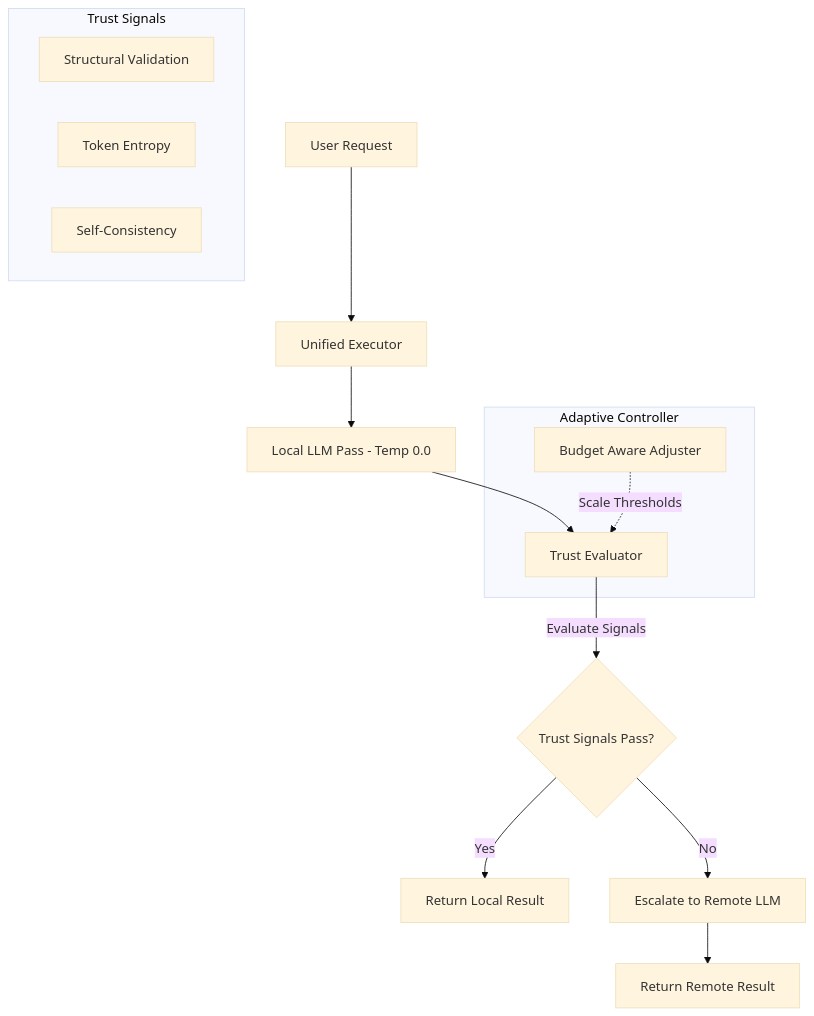
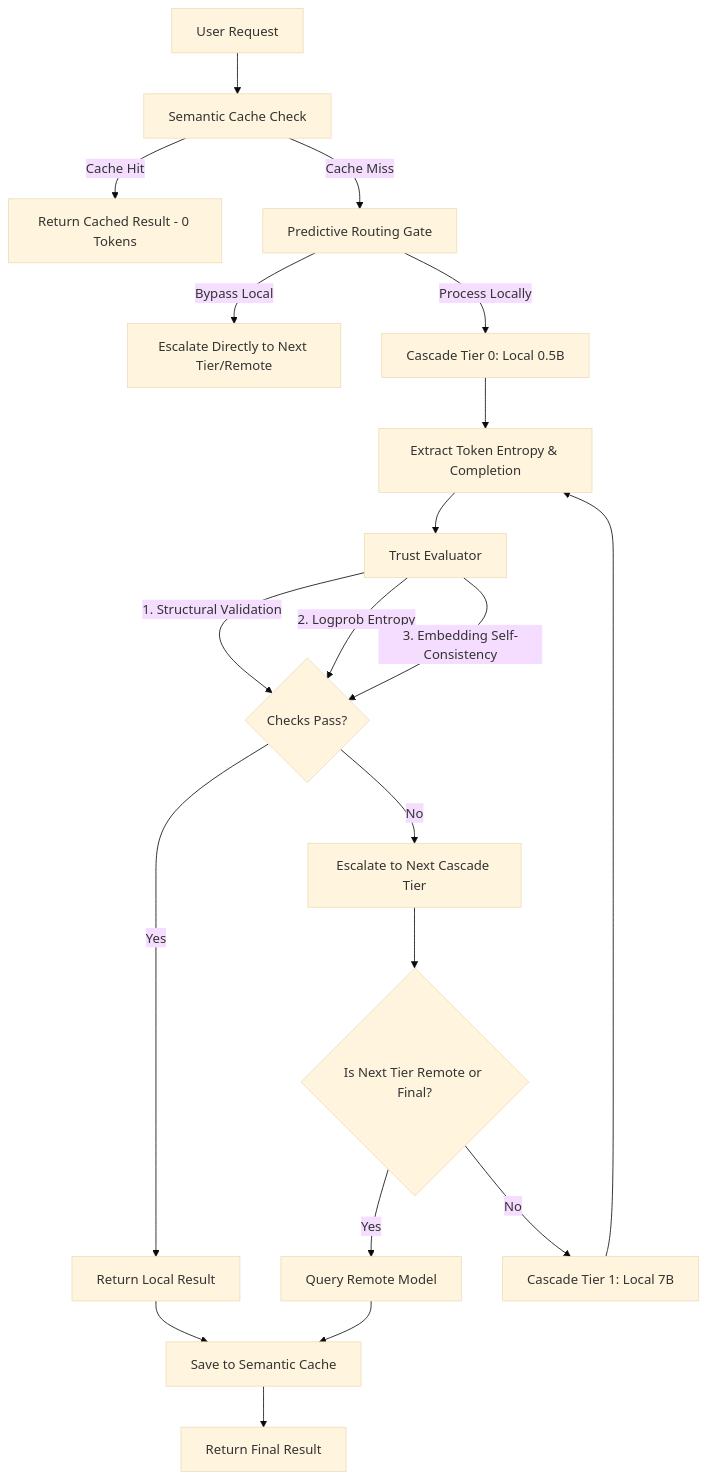
One commit to cin-and-cout/hybrid-model-router changed the diagram in README.md. Above: the diagram before and after it, drawn with Mermaid (base theme). The commit also changed other lines of this file and 1 other file, not shown here.

Commit message:
docs: rewrite README with details of new cascade, cache, and predictive features

````diff
--- a/README.md
+++ b/README.md
@@ -11,21 +23,29 @@
 ```mermaid
 graph TD
-    A[User Request] --> B[Unified Executor]
-    B --> C[Local LLM Pass - Temp 0.0]
-    C --> D[Trust Evaluator]
-    D -->|Evaluate Signals| E{Trust Signals Pass?}
-    E -->|Yes| F[Return Local Result]
-    E -->|No| G[Escalate to Remote LLM]
-    G --> H[Return Remote Result]
+    A[User Request] --> B[Semantic Cache Check]
+    B -->|Cache Hit| C[Return Cached Result - 0 Tokens]
+    B -->|Cache Miss| D[Predictive Routing Gate]
     
-    subgraph Trust Signals
-        D1[Structural Validation]
-        D2[Token Entropy]
-        D3[Self-Consistency]
-    end
+    D -->|Bypass Local| E[Escalate Directly to Next Tier/Remote]
+    D -->|Process Locally| F[Cascade Tier 0: Local 0.5B]
     
-    subgraph Adaptive Controller
-        I[Budget Aware Adjuster]
-        I -.->|Scale Thresholds| D
-    end
+    F --> G[Extract Token Entropy & Completion]
+    G --> H[Trust Evaluator]
+    
+    H -->|1. Structural Validation| I{Checks Pass?}
+    H -->|2. Logprob Entropy| I
+    H -->|3. Embedding Self-Consistency| I
+    
+    I -->|Yes| J[Return Local Result]
+    I -->|No| K[Escalate to Next Cascade Tier]
+    
+    K --> L{Is Next Tier Remote or Final?}
+    L -->|Yes| M[Query Remote Model]
+    L -->|No| N[Cascade Tier 1: Local 7B]
+    
+    N --> G
+    
+    M --> O[Save to Semantic Cache]
+    J --> O
+    O --> P[Return Final Result]
 ```
````
